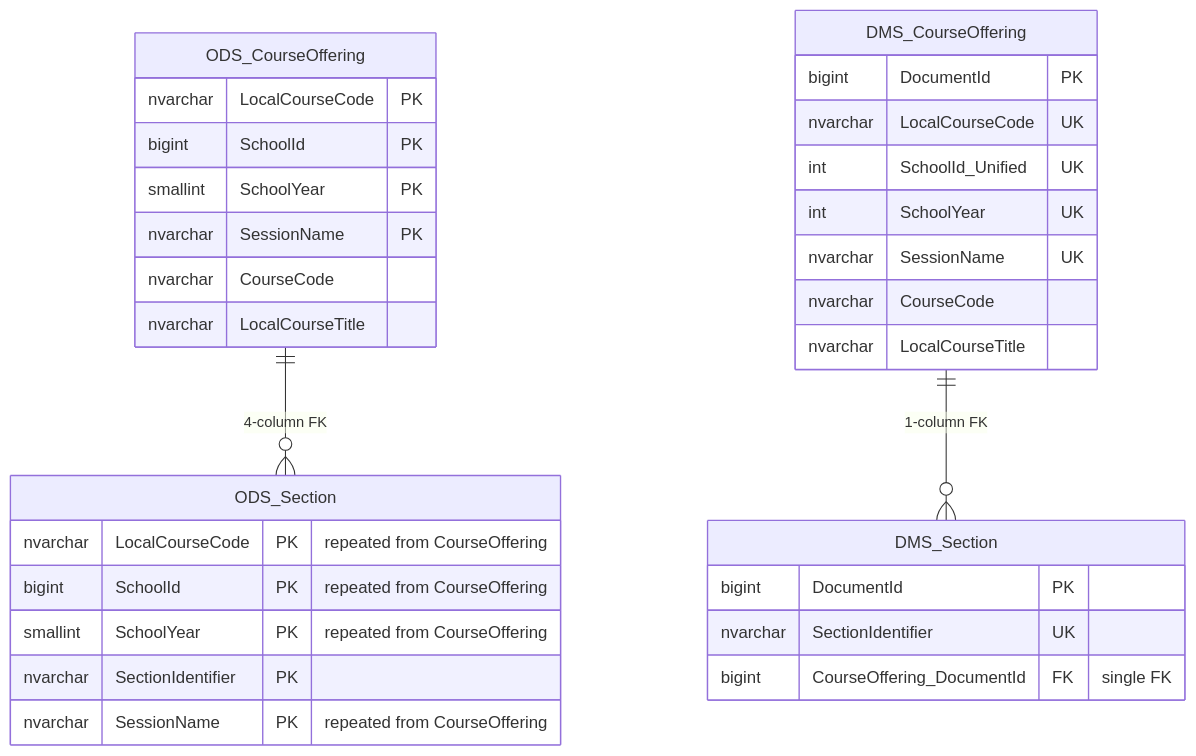
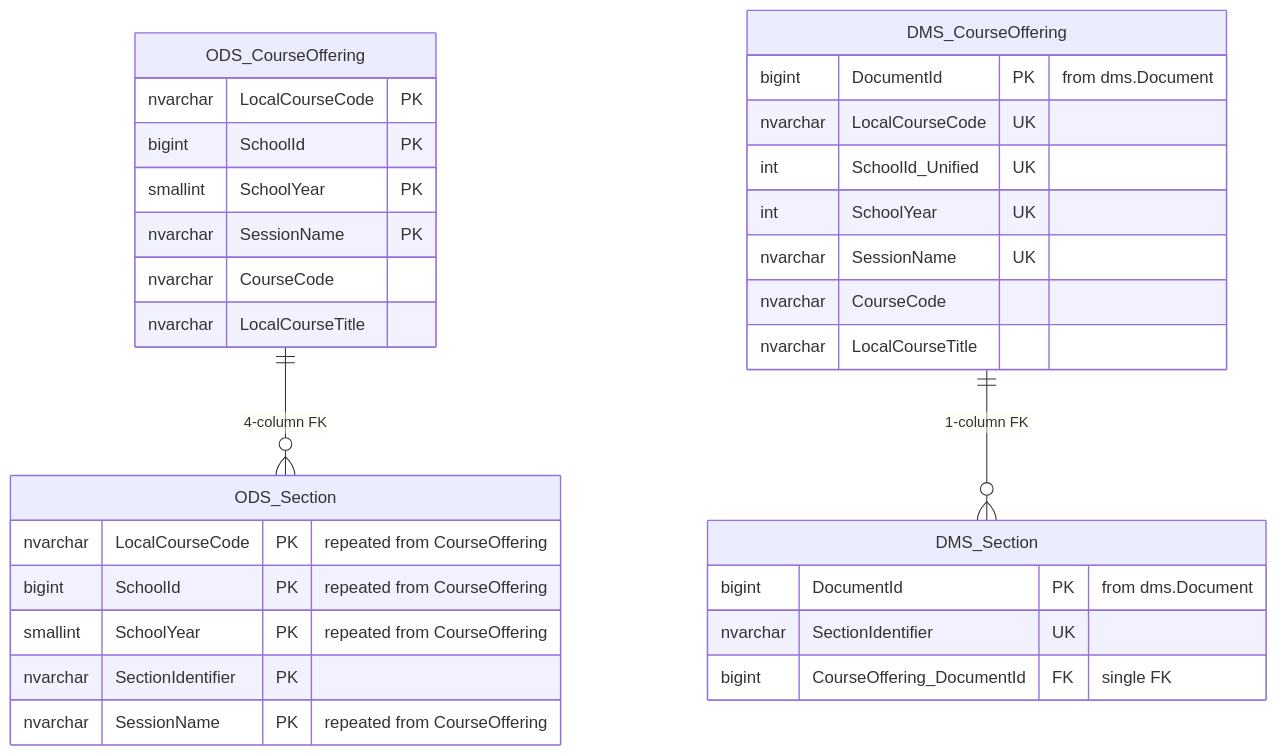
One commit to Ed-Fi-Alliance-OSS/ed-fi-alliance-oss.github.io changed the first of 10 diagrams in blog/2026-03-25.md. Above: the diagram before and after it, drawn with Mermaid. The commit also changed other lines of this file, not shown here.

````diff
--- a/blog/2026-03-25.md
+++ b/blog/2026-03-25.md
@@ -60,35 +60,35 @@
 ```mermaid
 erDiagram
     ODS_CourseOffering {
         nvarchar LocalCourseCode PK
         bigint SchoolId PK
         smallint SchoolYear PK
         nvarchar SessionName PK
         nvarchar CourseCode
         nvarchar LocalCourseTitle
     }
     ODS_Section {
         nvarchar LocalCourseCode PK "repeated from CourseOffering"
         bigint SchoolId PK "repeated from CourseOffering"
         smallint SchoolYear PK "repeated from CourseOffering"
         nvarchar SectionIdentifier PK
         nvarchar SessionName PK "repeated from CourseOffering"
     }
     ODS_CourseOffering ||--o{ ODS_Section : "4-column FK"
 
     DMS_CourseOffering {
-        bigint DocumentId PK
+        bigint DocumentId PK "from dms.Document"
         nvarchar LocalCourseCode UK
         int SchoolId_Unified UK
         int SchoolYear UK
         nvarchar SessionName UK
         nvarchar CourseCode
         nvarchar LocalCourseTitle
     }
     DMS_Section {
-        bigint DocumentId PK
+        bigint DocumentId PK "from dms.Document"
         nvarchar SectionIdentifier UK
         bigint CourseOffering_DocumentId FK "single FK"
     }
     DMS_CourseOffering ||--o{ DMS_Section : "1-column FK"
 ```
````
